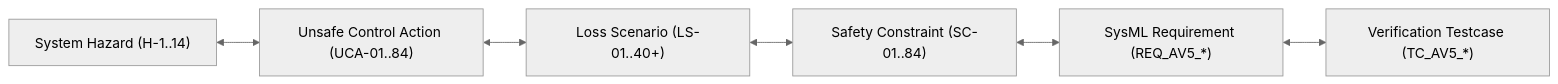
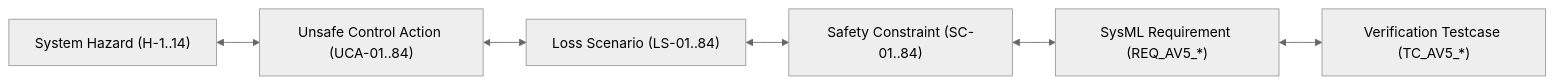
One commit to gintatkinson/DEAP01-spec-core changed the eighth of 11 diagrams in docs/architecture/blueprints/DEAP_DETERMINISTIC_SAFETY_SPECIFICATION_COMPILER_BLUEPRINT.md. Above: the diagram before and after it, drawn with Mermaid (neutral theme). The commit also changed other lines of this file, not shown here.

Commit message:
docs(architecture): expand master blueprint with 10-theorem proof suite and 200-UCA taxonomy (DEAP-BLUEPRINT-SAFETY-004)

````diff
--- a/docs/architecture/blueprints/DEAP_DETERMINISTIC_SAFETY_SPECIFICATION_COMPILER_BLUEPRINT.md
+++ b/docs/architecture/blueprints/DEAP_DETERMINISTIC_SAFETY_SPECIFICATION_COMPILER_BLUEPRINT.md
@@ -660,8 +705,8 @@
 ```mermaid
 flowchart LR
     H["System Hazard (H-1..14)"] <--> UCA["Unsafe Control Action (UCA-01..84)"]
-    UCA <--> LS["Loss Scenario (LS-01..40+)"]
+    UCA <--> LS["Loss Scenario (LS-01..84)"]
     LS <--> SC["Safety Constraint (SC-01..84)"]
     SC <--> REQ["SysML Requirement (REQ_AV5_*)"]
     REQ <--> TC["Verification Testcase (TC_AV5_*)"]
 ```
````
